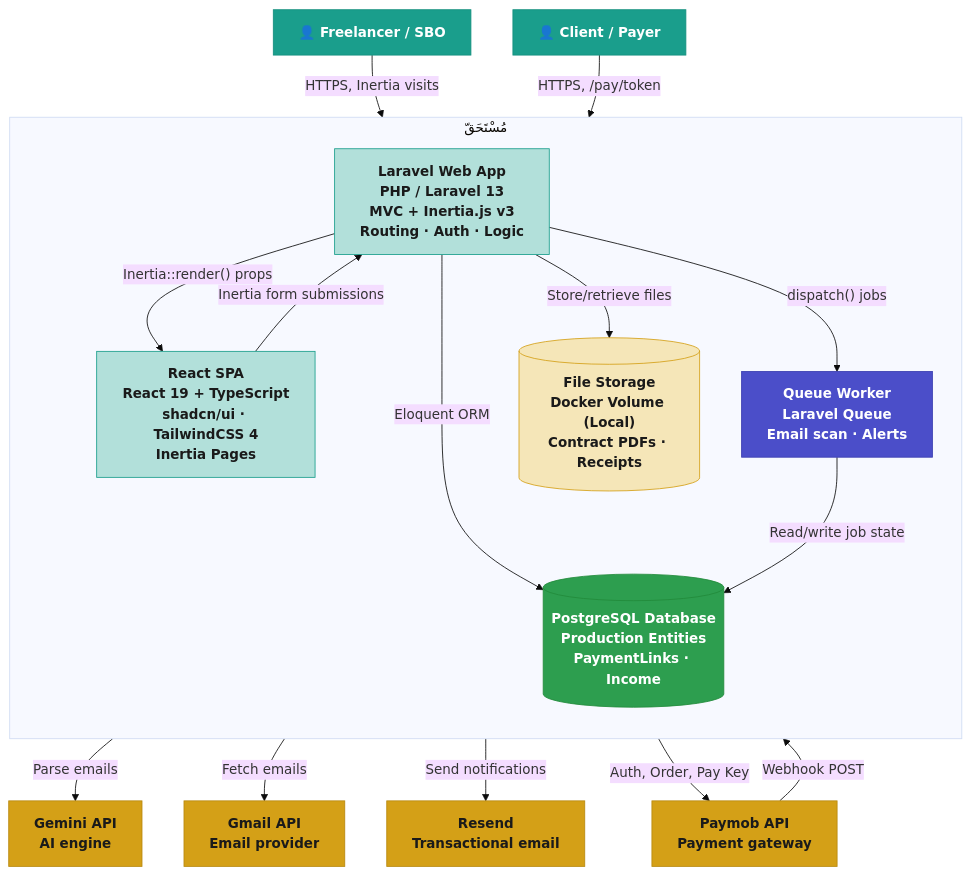
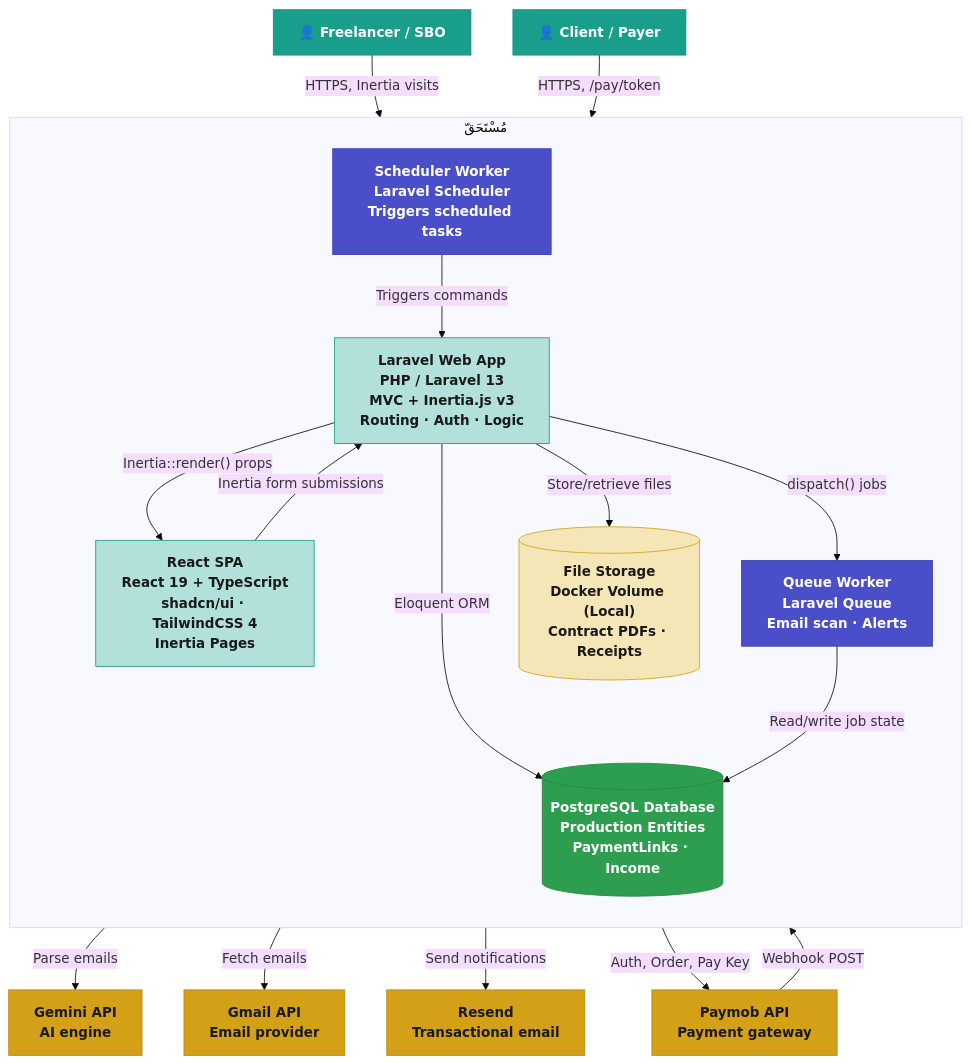
The diagram in README.md (omar-the-junior/salam-hack-2026), drawn with Mermaid (base theme) before and after one commit. The commit also changed 2 other files, not shown here.

Commit message:
feat: add scheduler worker to architecture and deployment documentation

````diff
--- a/README.md
+++ b/README.md
@@ -143,52 +143,55 @@
 ```mermaid
 flowchart TB
     classDef person fill:#1A9E8C,stroke:#148F7E,color:#fff,font-weight:bold
     classDef container fill:#B2E0DA,stroke:#1A9E8C,color:#1a1a1a,font-weight:bold
     classDef db fill:#2D9E4F,stroke:#228B3B,color:#fff,font-weight:bold
     classDef queue fill:#4B4EC9,stroke:#3A3DB0,color:#fff,font-weight:bold
     classDef external fill:#D4A017,stroke:#B8890F,color:#1a1a1a,font-weight:bold
     classDef storage fill:#F5E6B8,stroke:#D4A017,color:#1a1a1a,font-weight:bold
 
     subgraph mustahaq["مُسْتَحَقّ"]
         direction TB
         web_app["Laravel Web App<br/>PHP / Laravel 13<br/>MVC + Inertia.js v3<br/>Routing · Auth · Logic"]
         spa["React SPA<br/>React 19 + TypeScript<br/>shadcn/ui · TailwindCSS 4<br/>Inertia Pages"]
         db[("PostgreSQL Database<br/>Production Entities<br/>PaymentLinks · Income")]
         queue["Queue Worker<br/>Laravel Queue<br/>Email scan · Alerts"]
+        scheduler["Scheduler Worker<br/>Laravel Scheduler<br/>Triggers scheduled tasks"]
         files[("File Storage<br/>Docker Volume (Local)<br/>Contract PDFs · Receipts")]
     end
 
     paymob["Paymob API<br/>Payment gateway"]
     gmail["Gmail API<br/>Email provider"]
     gemini["Gemini API<br/>AI engine"]
     resend["Resend<br/>Transactional email"]
 
     freelancer["👤 Freelancer / SBO"]
     client["👤 Client / Payer"]
 
     class freelancer person
     class client person
     class web_app container
     class spa container
     class db db
     class queue queue
+    class scheduler queue
     class files storage
     class paymob external
     class gmail external
     class gemini external
     class resend external
 
     freelancer -->|"HTTPS, Inertia visits"| web_app
     client -->|"HTTPS, /pay/token"| web_app
     web_app -->|"Inertia::render() props"| spa
     spa -->|"Inertia form submissions"| web_app
     web_app -->|"Eloquent ORM"| db
+    scheduler -->|"Triggers commands"| web_app
     web_app -->|"dispatch() jobs"| queue
     queue -->|"Read/write job state"| db
     queue -->|"Parse emails"| gemini
     queue -->|"Fetch emails"| gmail
     queue -->|"Send notifications"| resend
     web_app -->|"Auth, Order, Pay Key"| paymob
     web_app -->|"Store/retrieve files"| files
     paymob -->|"Webhook POST"| web_app
 ```
````
